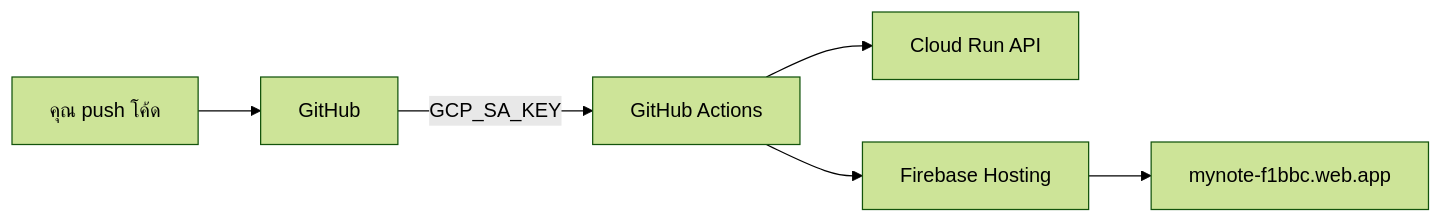
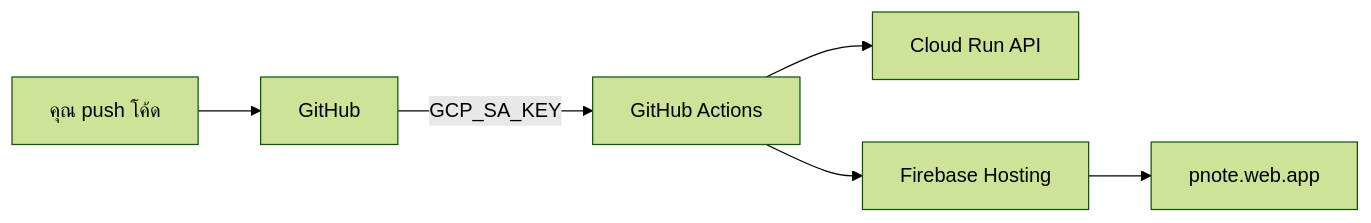
One commit to yohaken/P-Note changed the diagram in docs/GOOGLE_API_AUTOMATION.md. Above: the diagram before and after it, drawn with Mermaid (forest theme). The commit also changed other lines of this file and 26 other files, not shown here.

````diff
--- a/docs/GOOGLE_API_AUTOMATION.md
+++ b/docs/GOOGLE_API_AUTOMATION.md
@@ -12,8 +12,8 @@
 ```mermaid
 flowchart LR
     You["คุณ push โค้ด"] --> GH["GitHub"]
     GH -->|"GCP_SA_KEY"| GHA["GitHub Actions"]
     GHA --> CR["Cloud Run API"]
     GHA --> FH["Firebase Hosting"]
-    FH --> App["mynote-f1bbc.web.app"]
+    FH --> App["pnote.web.app"]
 ```
````
